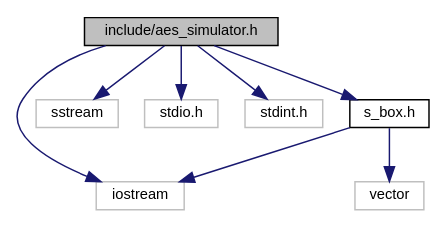
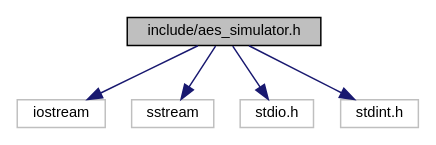
The diagram in docs/aes__simulator_8h__incl.dot (Eric-Durr/PRCT06-AES), drawn with Graphviz before and after one commit. The commit also changed 35 other files, not shown here.

```diff
--- a/docs/aes__simulator_8h__incl.dot
+++ b/docs/aes__simulator_8h__incl.dot
@@ -1,20 +1,15 @@
 digraph "include/aes_simulator.h"
 {
  // LATEX_PDF_SIZE
   edge [fontname="Helvetica",fontsize="10",labelfontname="Helvetica",labelfontsize="10"];
   node [fontname="Helvetica",fontsize="10",shape=record];
   Node1 [label="include/aes_simulator.h",height=0.2,width=0.4,color="black", fillcolor="grey75", style="filled", fontcolor="black",tooltip=" "];
   Node1 -> Node2 [color="midnightblue",fontsize="10",style="solid",fontname="Helvetica"];
   Node2 [label="iostream",height=0.2,width=0.4,color="grey75", fillcolor="white", style="filled",tooltip=" "];
   Node1 -> Node3 [color="midnightblue",fontsize="10",style="solid",fontname="Helvetica"];
   Node3 [label="sstream",height=0.2,width=0.4,color="grey75", fillcolor="white", style="filled",tooltip=" "];
   Node1 -> Node4 [color="midnightblue",fontsize="10",style="solid",fontname="Helvetica"];
   Node4 [label="stdio.h",height=0.2,width=0.4,color="grey75", fillcolor="white", style="filled",tooltip=" "];
   Node1 -> Node5 [color="midnightblue",fontsize="10",style="solid",fontname="Helvetica"];
   Node5 [label="stdint.h",height=0.2,width=0.4,color="grey75", fillcolor="white", style="filled",tooltip=" "];
-  Node1 -> Node6 [color="midnightblue",fontsize="10",style="solid",fontname="Helvetica"];
-  Node6 [label="s_box.h",height=0.2,width=0.4,color="black", fillcolor="white", style="filled",URL="$s__box_8h.html",tooltip=" "];
-  Node6 -> Node7 [color="midnightblue",fontsize="10",style="solid",fontname="Helvetica"];
-  Node7 [label="vector",height=0.2,width=0.4,color="grey75", fillcolor="white", style="filled",tooltip=" "];
-  Node6 -> Node2 [color="midnightblue",fontsize="10",style="solid",fontname="Helvetica"];
 }
```
